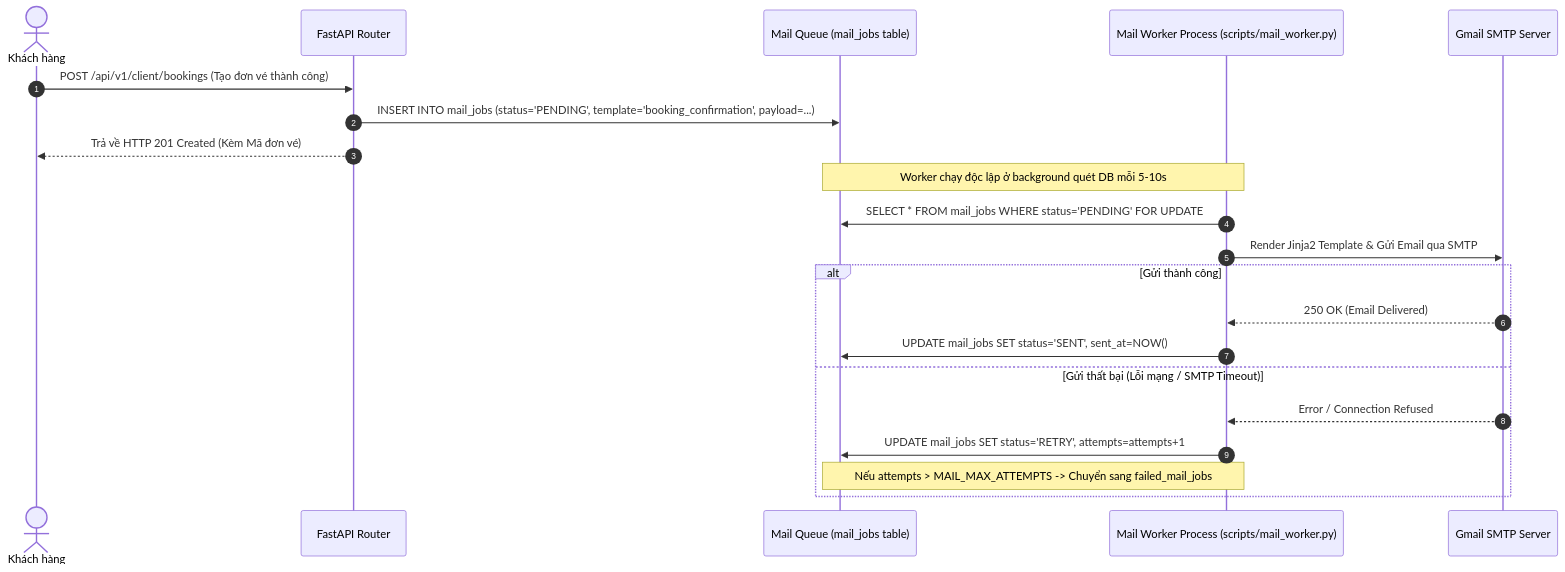
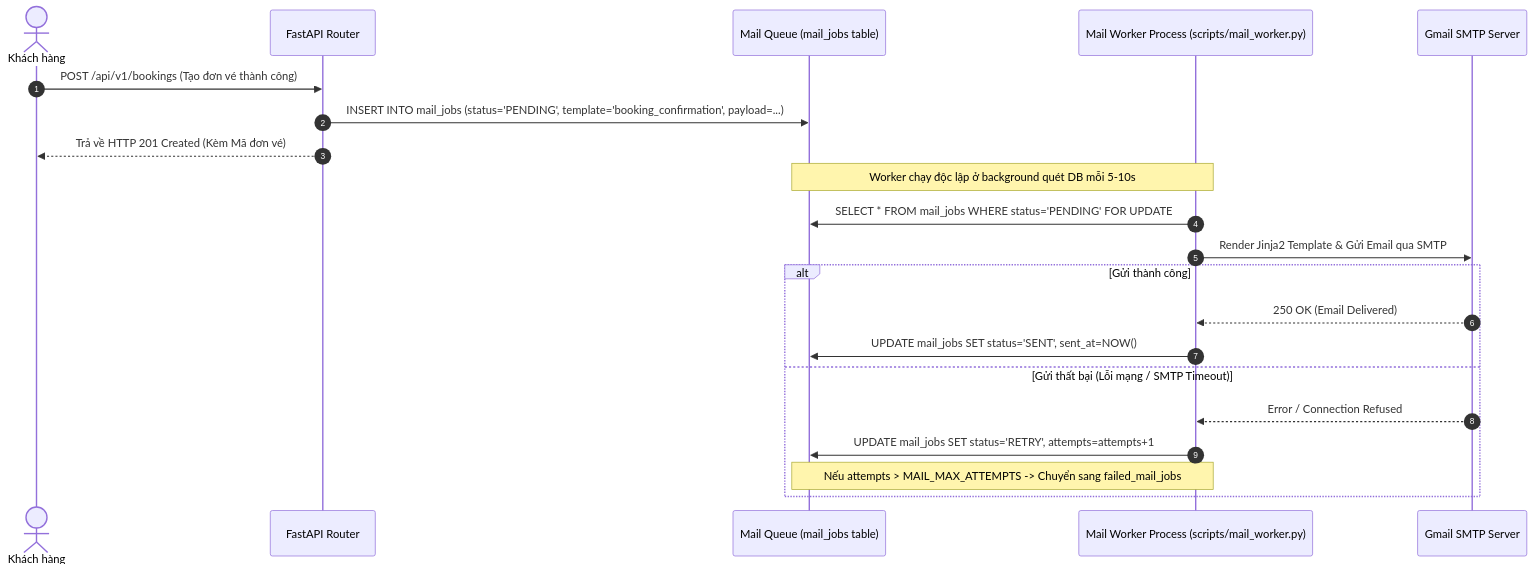
The third of 3 diagrams in docs/system-architecture.md (Deocomate/kingexpressbus-be-fastapi), drawn with Mermaid before and after one commit. The commit also changed 26 other files, not shown here.

````diff
--- a/docs/system-architecture.md
+++ b/docs/system-architecture.md
@@ -79,25 +79,25 @@
 ```mermaid
 sequenceDiagram
     autonumber
     actor Customer as Khách hàng
     participant API as FastAPI Router
     participant DB as Mail Queue (mail_jobs table)
     participant Worker as Mail Worker Process (scripts/mail_worker.py)
     participant SMTP as Gmail SMTP Server
 
-    Customer->>API: POST /api/v1/client/bookings (Tạo đơn vé thành công)
+    Customer->>API: POST /api/v1/bookings (Tạo đơn vé thành công)
     API->>DB: INSERT INTO mail_jobs (status='PENDING', template='booking_confirmation', payload=...)
     API-->>Customer: Trả về HTTP 201 Created (Kèm Mã đơn vé)
     
     Note over Worker,DB: Worker chạy độc lập ở background quét DB mỗi 5-10s
     Worker->>DB: SELECT * FROM mail_jobs WHERE status='PENDING' FOR UPDATE
     Worker->>SMTP: Render Jinja2 Template & Gửi Email qua SMTP
     alt Gửi thành công
         SMTP-->>Worker: 250 OK (Email Delivered)
         Worker->>DB: UPDATE mail_jobs SET status='SENT', sent_at=NOW()
     else Gửi thất bại (Lỗi mạng / SMTP Timeout)
         SMTP-->>Worker: Error / Connection Refused
         Worker->>DB: UPDATE mail_jobs SET status='RETRY', attempts=attempts+1
         Note over Worker,DB: Nếu attempts > MAIL_MAX_ATTEMPTS -> Chuyển sang failed_mail_jobs
     end
 ```
````
